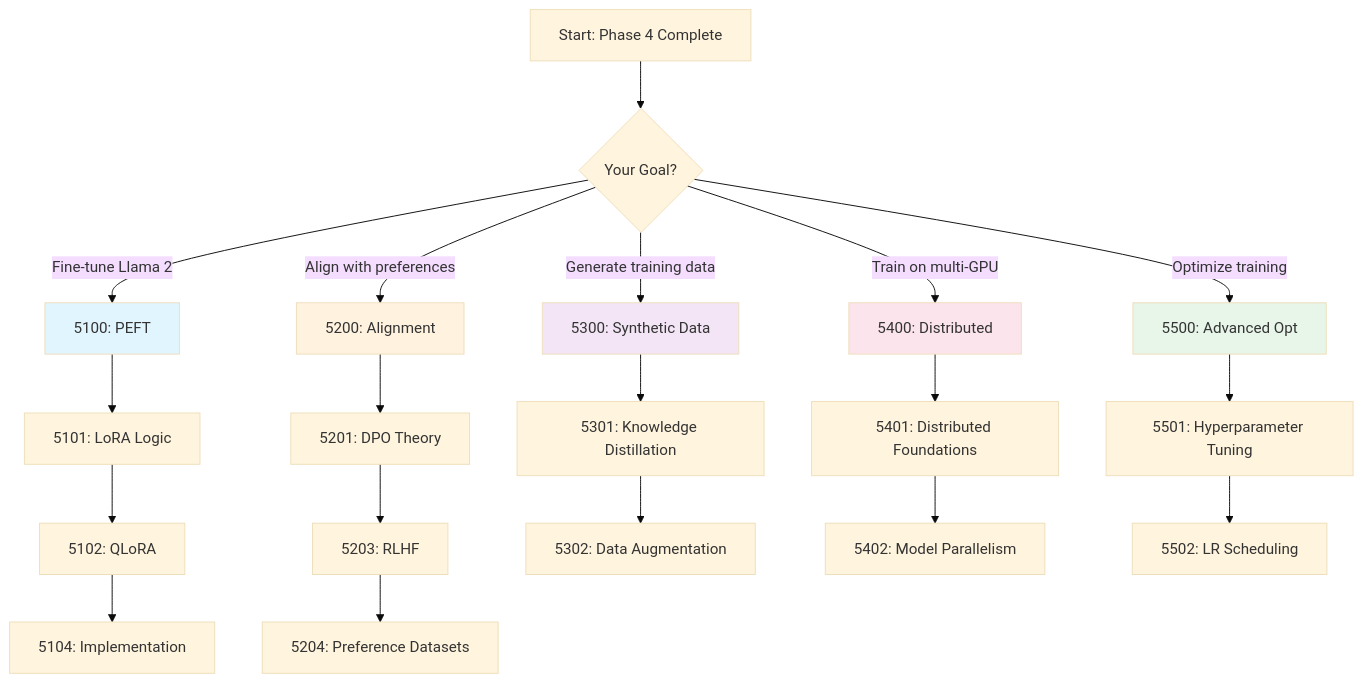
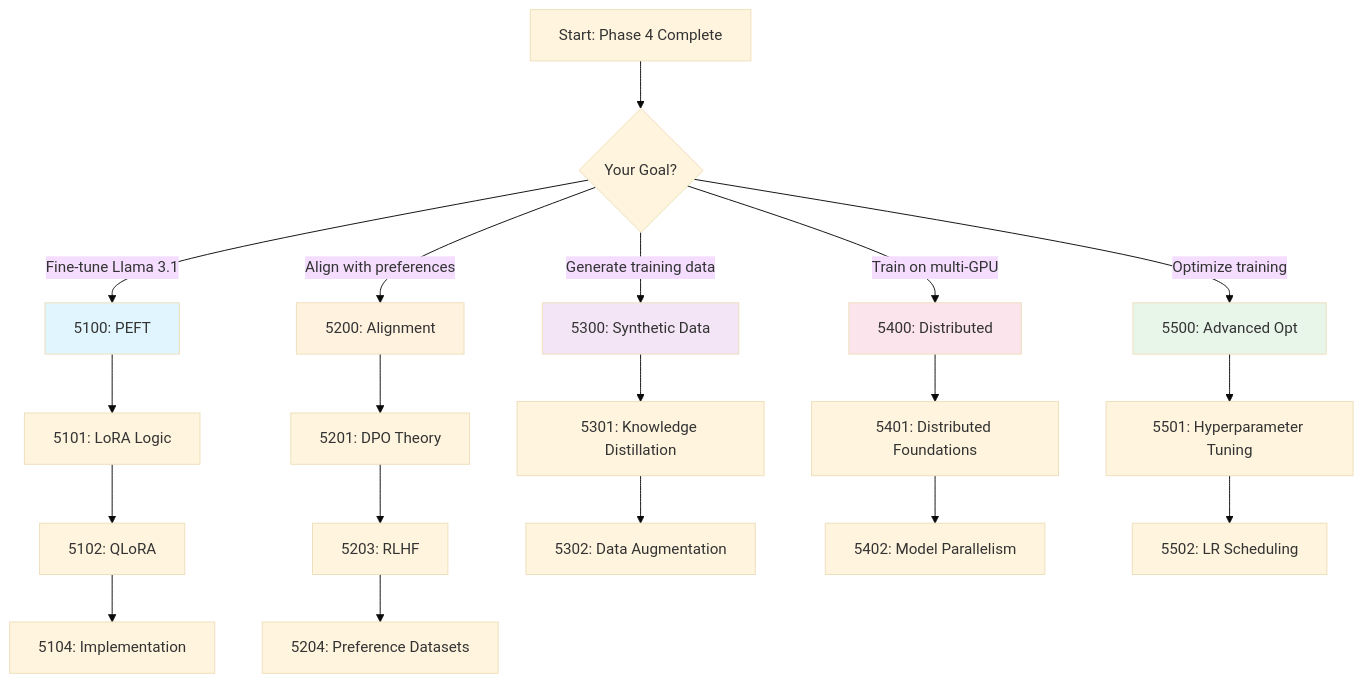
The second of 2 diagrams in docs/phases/phase5-finetuning/README.md (minderhq/academy), drawn with Mermaid (base theme) before and after one commit. The commit also changed other lines of this file and 7 other files, not shown here.

````diff
--- a/docs/phases/phase5-finetuning/README.md
+++ b/docs/phases/phase5-finetuning/README.md
@@ -271,33 +271,33 @@
 ```mermaid
 graph TD
     A[Start: Phase 4 Complete] --> B{Your Goal?}
 
-    B -->|Fine-tune Llama 2| C[5100: PEFT]
+    B -->|Fine-tune Llama 3.1| C[5100: PEFT]
     B -->|Align with preferences| D[5200: Alignment]
     B -->|Generate training data| E[5300: Synthetic Data]
     B -->|Train on multi-GPU| F[5400: Distributed]
     B -->|Optimize training| G[5500: Advanced Opt]
 
     C --> H[5101: LoRA Logic]
     H --> I[5102: QLoRA]
     I --> J[5104: Implementation]
 
     D --> K[5201: DPO Theory]
     K --> L[5203: RLHF]
     L --> M[5204: Preference Datasets]
 
     E --> N[5301: Knowledge Distillation]
     N --> O[5302: Data Augmentation]
 
     F --> P[5401: Distributed Foundations]
     P --> Q[5402: Model Parallelism]
 
     G --> R[5501: Hyperparameter Tuning]
     R --> S[5502: LR Scheduling]
 
     style C fill:#e1f5fe
     style D fill:#fff3e0
     style E fill:#f3e5f5
     style F fill:#fce4ec
     style G fill:#e8f5e9
 ```
````
